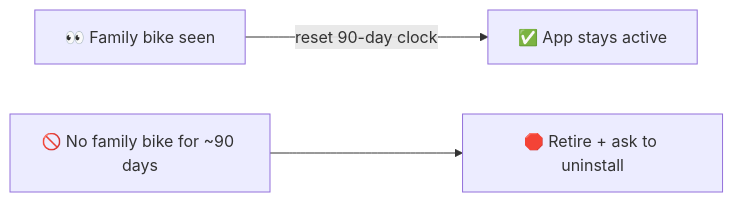
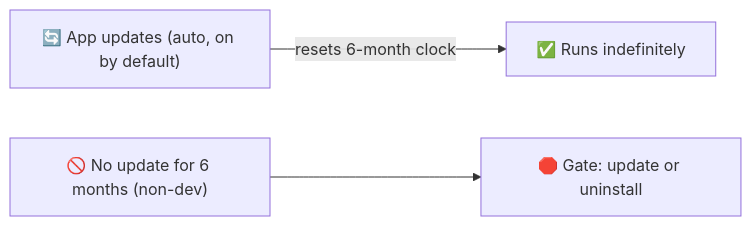
The ninth of 10 diagrams in docs/PROCESS_FLOW.md (chadware-software/WolfPackDash-Docs), drawn with Mermaid before and after one commit. The commit also changed other lines of this file and 2 other files, not shown here.

````diff
--- a/docs/PROCESS_FLOW.md
+++ b/docs/PROCESS_FLOW.md
@@ -288,5 +287,5 @@
 ```mermaid
 flowchart LR
-    SEE["👀 Family bike seen"] -->|"reset 90-day clock"| ALIVE["✅ App stays active"]
-    NOSEE["🚫 No family bike for ~90 days"] --> RETIRE["🛑 Retire + ask to uninstall"]
+    UPD["🔄 App updates (auto, on by default)"] -->|"resets 6-month clock"| ALIVE["✅ Runs indefinitely"]
+    STALE["🚫 No update for 6 months (non-dev)"] --> GATE["🛑 Gate: update or uninstall"]
 ```
````
